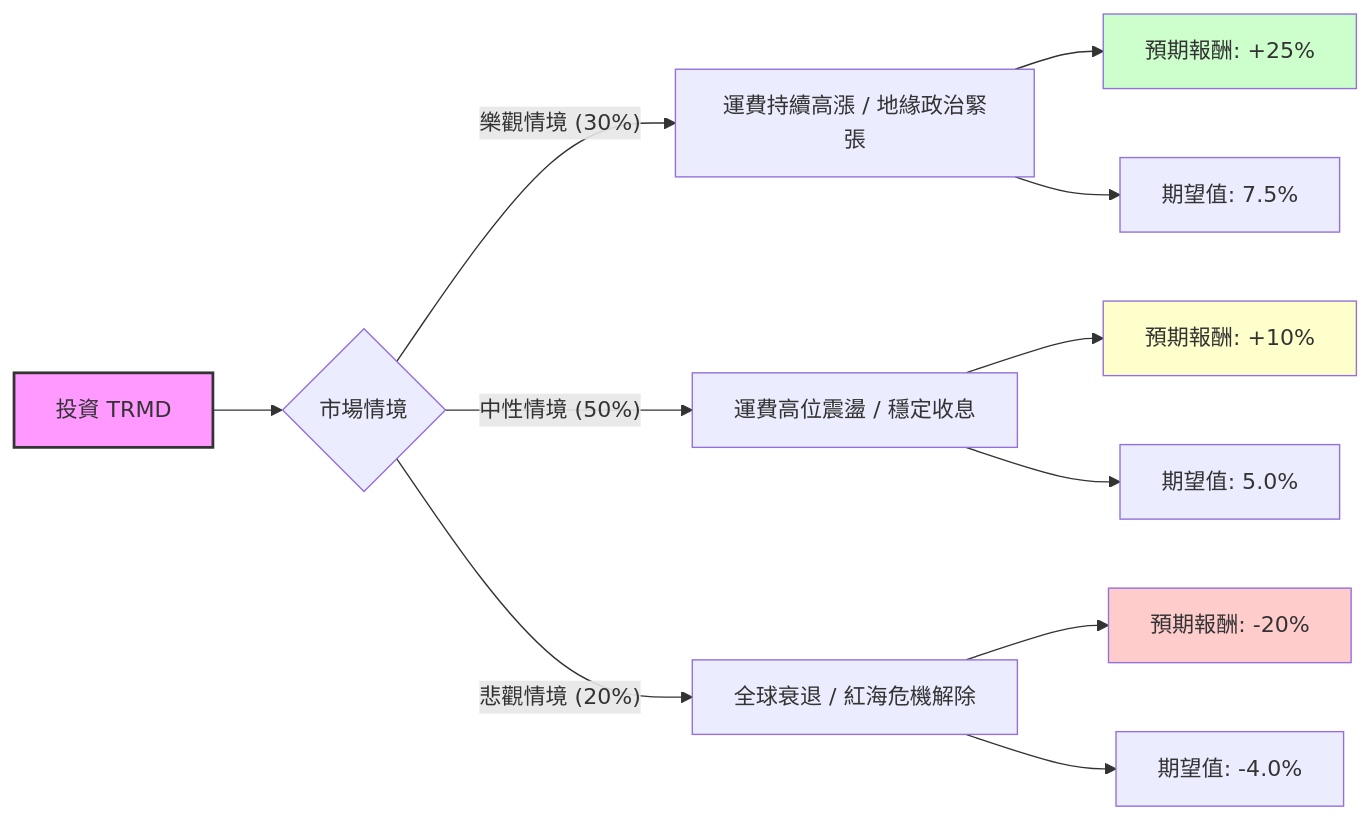
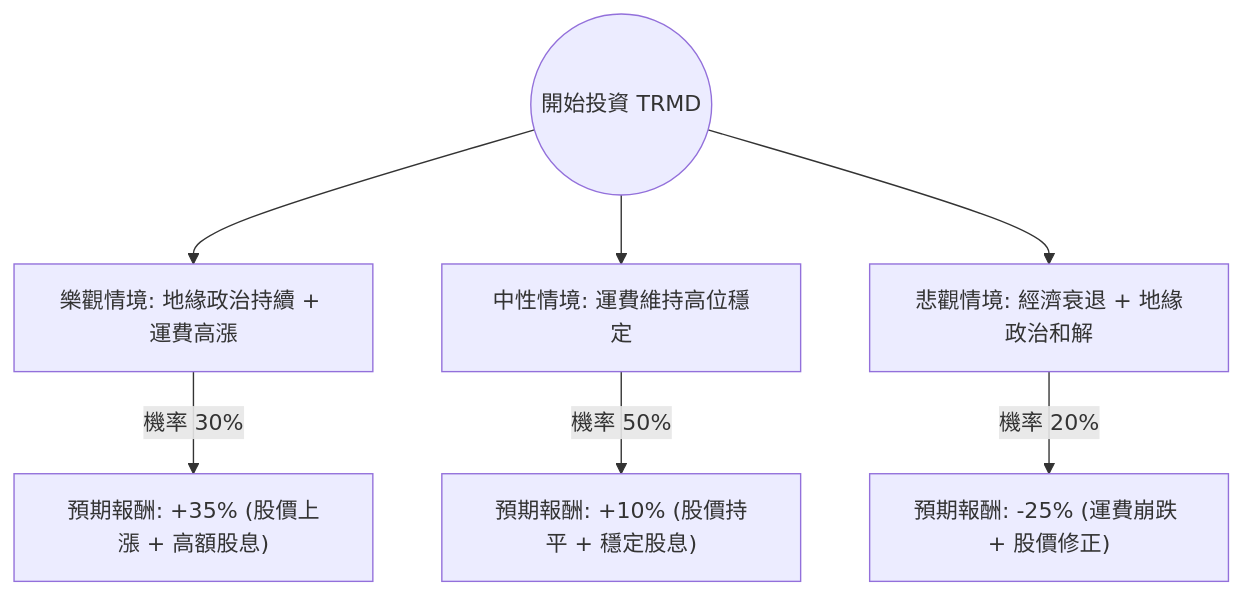
Before and after one commit to zmcx16/zmcx16.github.io: the diagram in plugin-react/ai-analysis/ev-analysis/TRMD.md, drawn with Mermaid. The commit also changed other lines of this file and 77 other files, not shown here.

````diff
--- a/plugin-react/ai-analysis/ev-analysis/TRMD.md
+++ b/plugin-react/ai-analysis/ev-analysis/TRMD.md
@@ -24,21 +20,10 @@
 ```mermaid
-graph LR
-    A[投資 TRMD] --> B{市場情境}
-    
-    B -- 樂觀情境 (30%) --> C[運費持續高漲 / 地緣政治緊張]
-    C --> C1[預期報酬: +25%]
-    C --> C2[期望值: 7.5%]
+graph TD
+    Start((開始投資 TRMD)) --> Bull[樂觀情境: 地緣政治持續 + 運費高漲]
+    Start --> Base[中性情境: 運費維持高位穩定]
+    Start --> Bear[悲觀情境: 經濟衰退 + 地緣政治和解]
 
-    B -- 中性情境 (50%) --> D[運費高位震盪 / 穩定收息]
-    D --> D1[預期報酬: +10%]
-    D --> D2[期望值: 5.0%]
-
-    B -- 悲觀情境 (20%) --> E[全球衰退 / 紅海危機解除]
-    E --> E1[預期報酬: -20%]
-    E --> E2[期望值: -4.0%]
-
-    style A fill:#f9f,stroke:#333,stroke-width:2px
-    style C1 fill:#ccffcc
-    style D1 fill:#ffffcc
-    style E1 fill:#ffcccc
+    Bull -- "機率 30%" --> BullResult["預期報酬: +35% (股價上漲 + 高額股息)"]
+    Base -- "機率 50%" --> BaseResult["預期報酬: +10% (股價持平 + 穩定股息)"]
+    Bear -- "機率 20%" --> BearResult["預期報酬: -25% (運費崩跌 + 股價修正)"]
 ```
````
